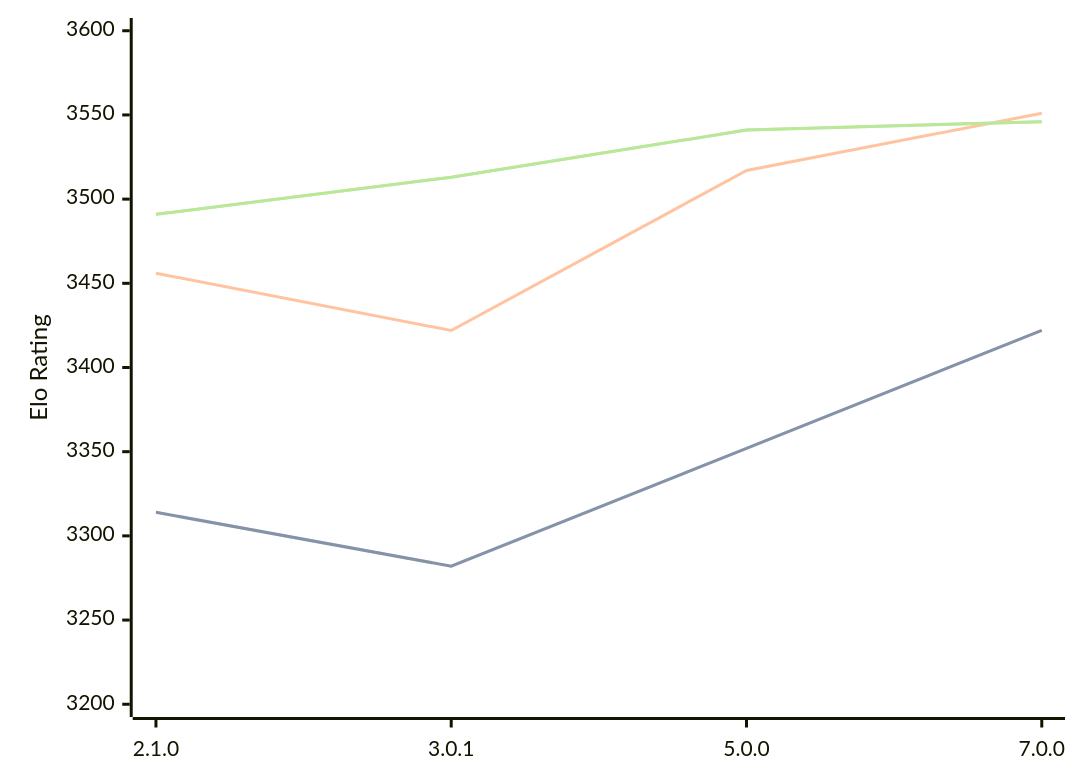
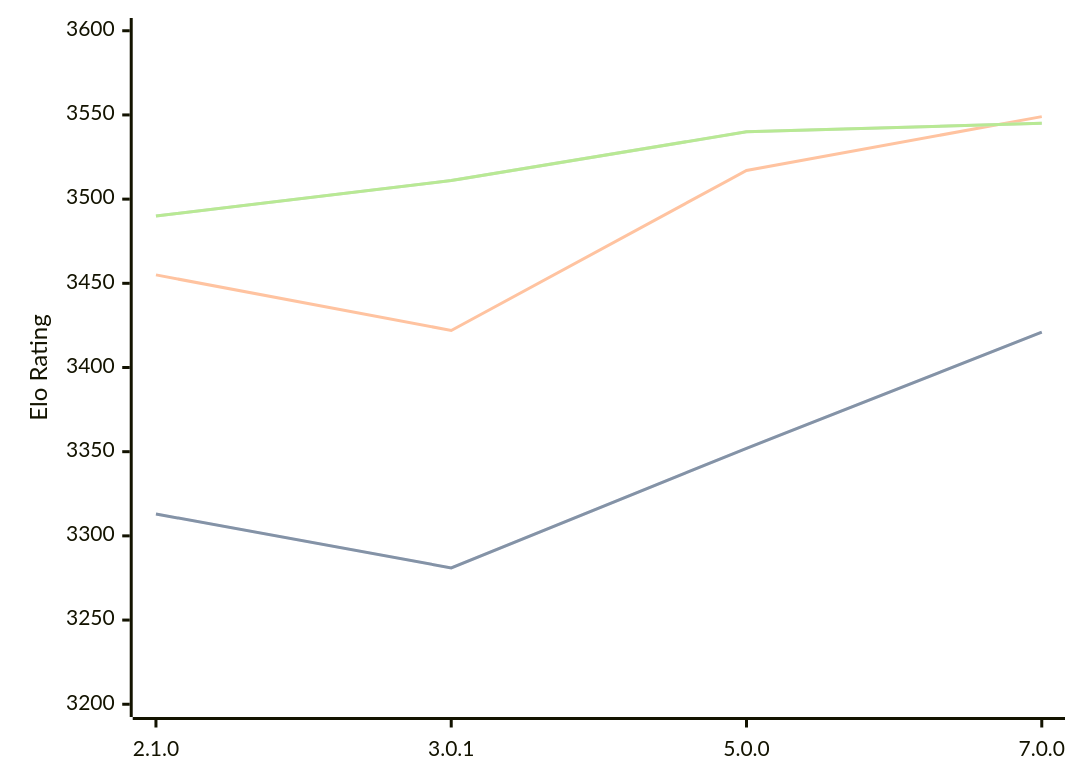
The diagram in engines/PlentyChess.md (computer-chess-index/cci), drawn with Mermaid before and after one commit. The commit also changed other lines of this file, not shown here.

Commit message:
Update CCI Ratings (ELO VLTC) - 2026-06-07

````diff
--- a/engines/PlentyChess.md
+++ b/engines/PlentyChess.md
@@ -45,11 +45,11 @@
 ```mermaid
 %%{init: {"theme":"base","themeVariables":{"seriesColors:['#a3a3a3','#222221','#faa371']}}}%%
 xychart-beta
   x-axis ["2.1.0", "3.0.1", "5.0.0", "7.0.0"]
   y-axis "Elo Rating" 3200 --> 3600
-  line "STC (8.0+0.08s)" [3314, 3282, 3352, 3422]
-  line "STC (8.0+0.08s)" [3314, 3282, 3352, 3422]
-  line "LTC (60.0+0.60s)" [3456, 3422, 3517, 3551]
-  line "VLTC (2m24s+1.12s)" [3491, 3513, 3541, 3546]
-  line "VLTC (2m24s+1.12s)" [3491, 3513, 3541, 3546]
+  line "STC (8.0+0.08s)" [3313, 3281, 3352, 3421]
+  line "STC (8.0+0.08s)" [3313, 3281, 3352, 3421]
+  line "LTC (60.0+0.60s)" [3455, 3422, 3517, 3549]
+  line "VLTC (2m24s+1.12s)" [3490, 3511, 3540, 3545]
+  line "VLTC (2m24s+1.12s)" [3490, 3511, 3540, 3545]
 ```
````
